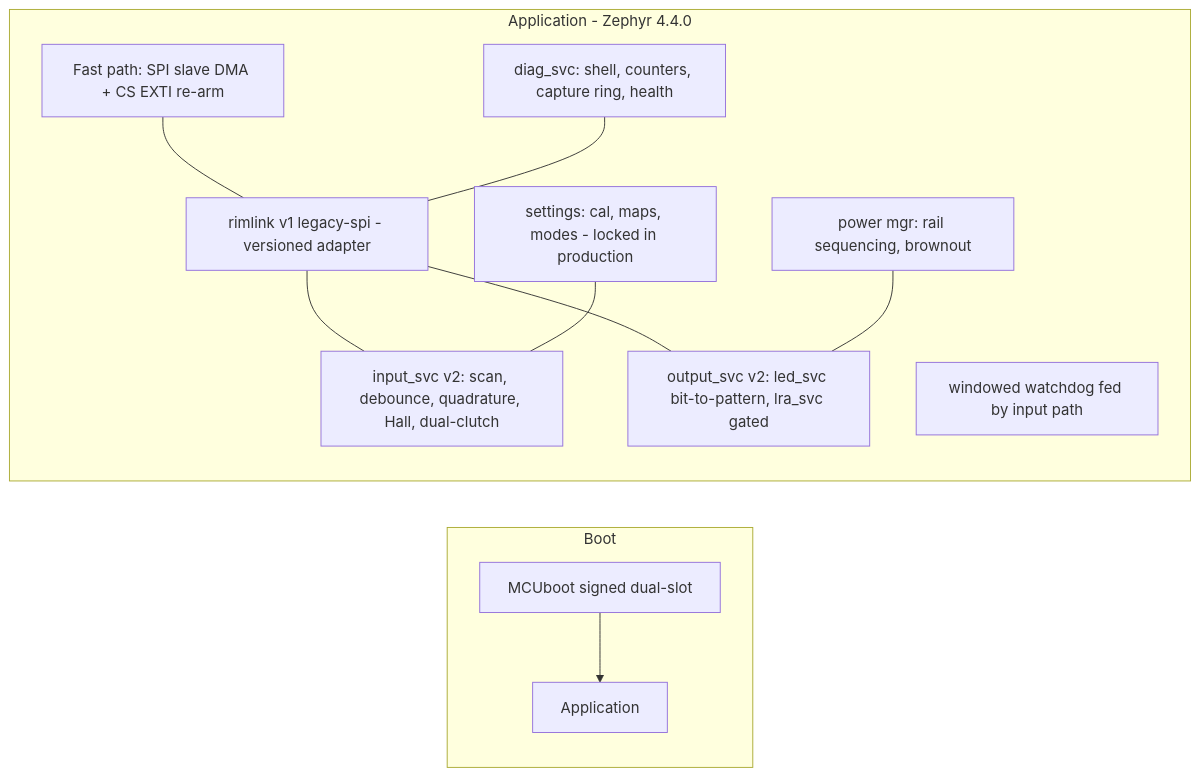
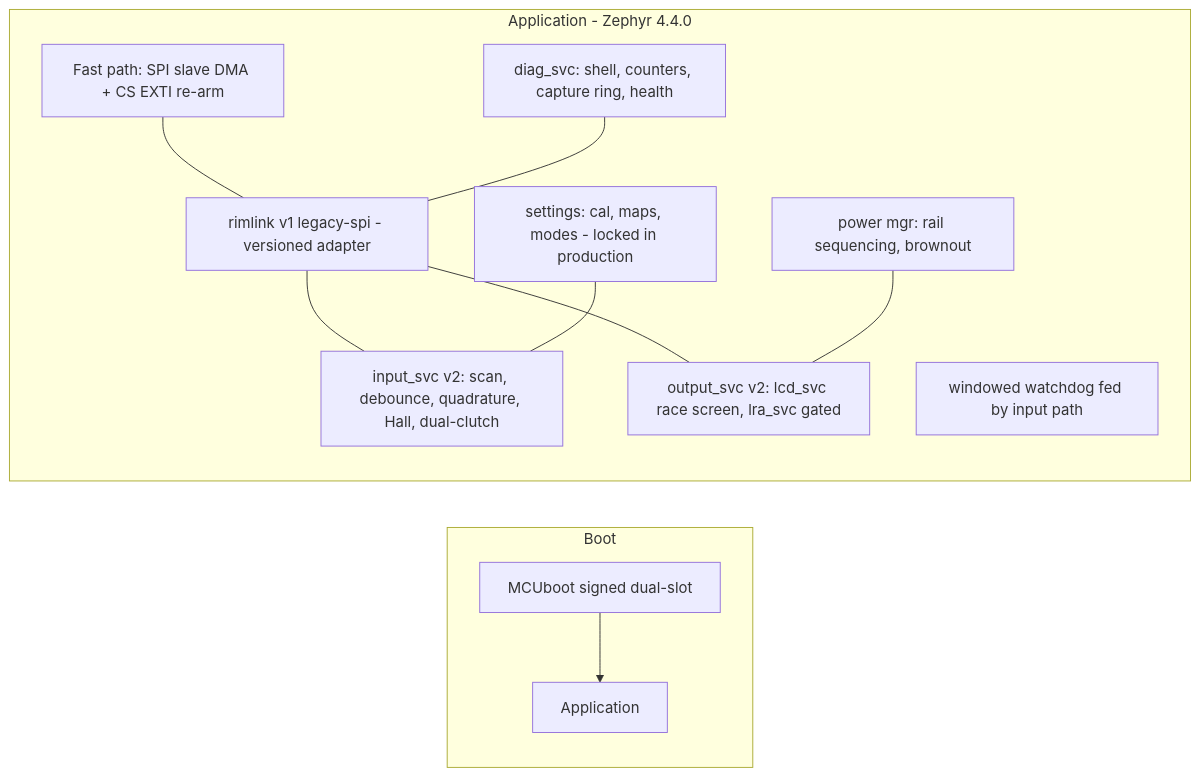
Before and after one commit to nguyentri/fanatec-wheel: the third of 3 diagrams in docs/fanatec-wheel-roadmap-and-system-spec.md, drawn with Mermaid. The commit also changed other lines of this file and 45 other files, not shown here.

````diff
--- a/docs/fanatec-wheel-roadmap-and-system-spec.md
+++ b/docs/fanatec-wheel-roadmap-and-system-spec.md
@@ -541,22 +542,22 @@
 ```mermaid
 flowchart LR
     subgraph Boot
         MB[MCUboot signed dual-slot] --> APP[Application]
     end
     subgraph APP_[Application - Zephyr 4.4.0]
         direction TB
         FP[Fast path: SPI slave DMA + CS EXTI re-arm]
         AD[rimlink v1 legacy-spi - versioned adapter]
         IS[input_svc v2: scan, debounce, quadrature, Hall, dual-clutch]
-        OS[output_svc v2: led_svc bit-to-pattern, lra_svc gated]
+        OS[output_svc v2: lcd_svc race screen, lra_svc gated]
         PM[power mgr: rail sequencing, brownout]
         DG[diag_svc: shell, counters, capture ring, health]
         ST[settings: cal, maps, modes - locked in production]
         WD[windowed watchdog fed by input path]
     end
     FP --- AD --- IS
     AD --- OS
     PM --- OS
     DG --- AD
     ST --- IS
 ```
````
